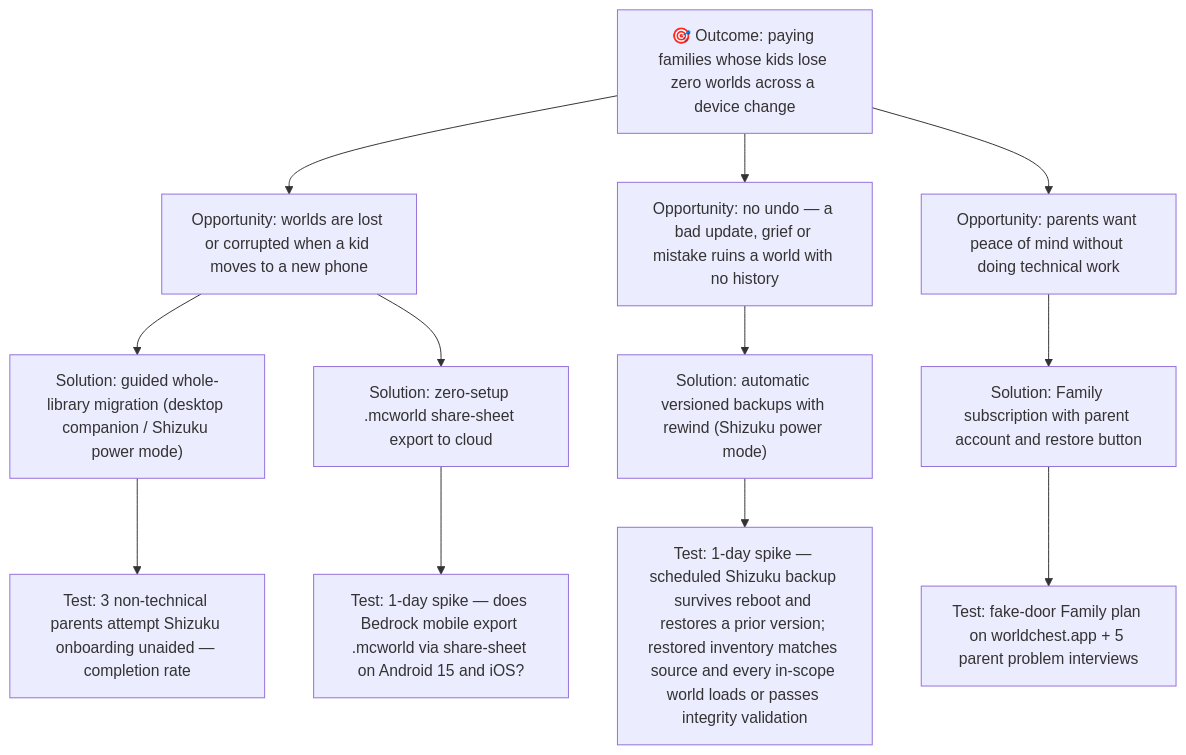
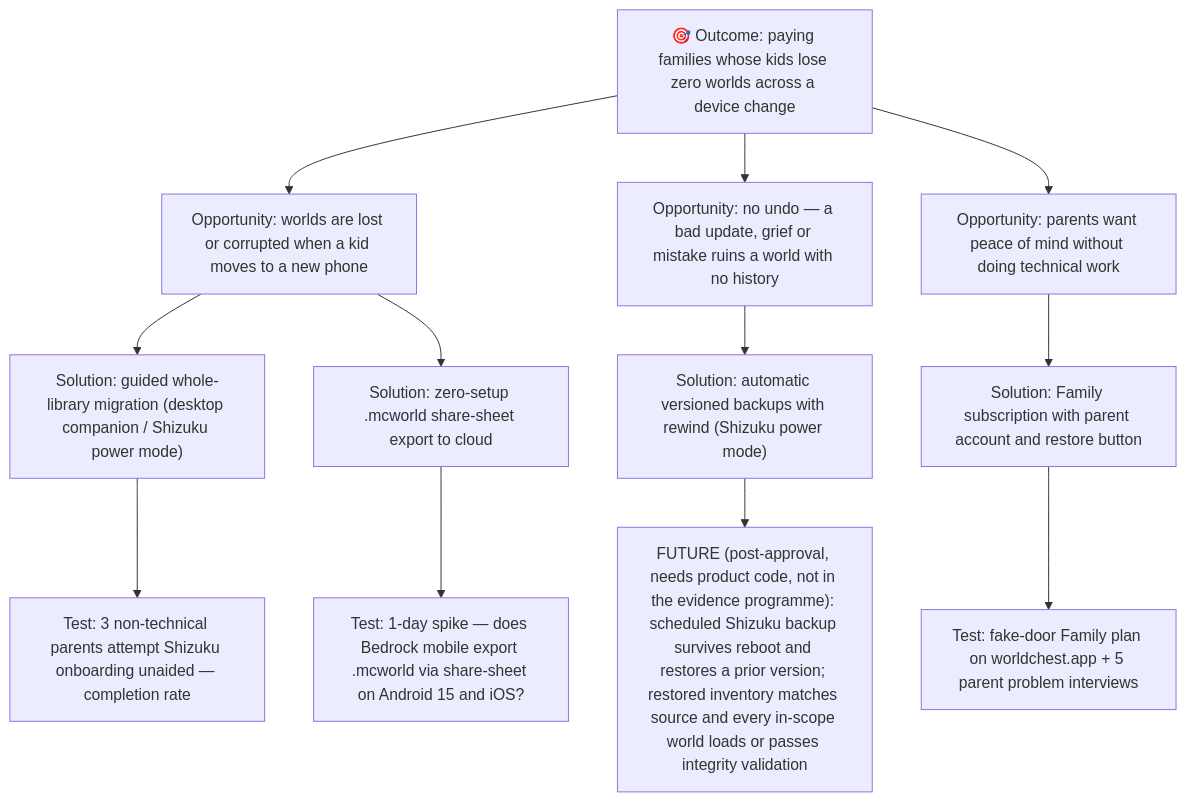
One commit to combsmith/worldchest changed the diagram in _bmad-output/planning-artifacts/ost.md. Above: the diagram before and after it, drawn with Mermaid. The commit also changed other lines of this file and 1 other file, not shown here.

Commit message:
fix(reviews): address Codex PRD/OST findings (recruitment bias, approval gating, legal gate, A3 scope)

````diff
--- a/_bmad-output/planning-artifacts/ost.md
+++ b/_bmad-output/planning-artifacts/ost.md
@@ -11,18 +11,18 @@
 ```mermaid
 flowchart TD
     O["🎯 Outcome: paying families whose kids lose zero worlds across a device change"]
 
     O --> OPP1["Opportunity: worlds are lost or corrupted when a kid moves to a new phone"]
     O --> OPP2["Opportunity: no undo — a bad update, grief or mistake ruins a world with no history"]
     O --> OPP3["Opportunity: parents want peace of mind without doing technical work"]
 
     OPP1 --> S1["Solution: guided whole-library migration (desktop companion / Shizuku power mode)"]
     OPP1 --> S2["Solution: zero-setup .mcworld share-sheet export to cloud"]
     OPP2 --> S3["Solution: automatic versioned backups with rewind (Shizuku power mode)"]
     OPP3 --> S4["Solution: Family subscription with parent account and restore button"]
 
     S1 --> A1["Test: 3 non-technical parents attempt Shizuku onboarding unaided — completion rate"]
     S2 --> A2["Test: 1-day spike — does Bedrock mobile export .mcworld via share-sheet on Android 15 and iOS?"]
-    S3 --> A3["Test: 1-day spike — scheduled Shizuku backup survives reboot and restores a prior version; restored inventory matches source and every in-scope world loads or passes integrity validation"]
+    S3 --> A3["FUTURE (post-approval, needs product code, not in the evidence programme): scheduled Shizuku backup survives reboot and restores a prior version; restored inventory matches source and every in-scope world loads or passes integrity validation"]
     S4 --> A4["Test: fake-door Family plan on worldchest.app + 5 parent problem interviews"]
 ```
````
